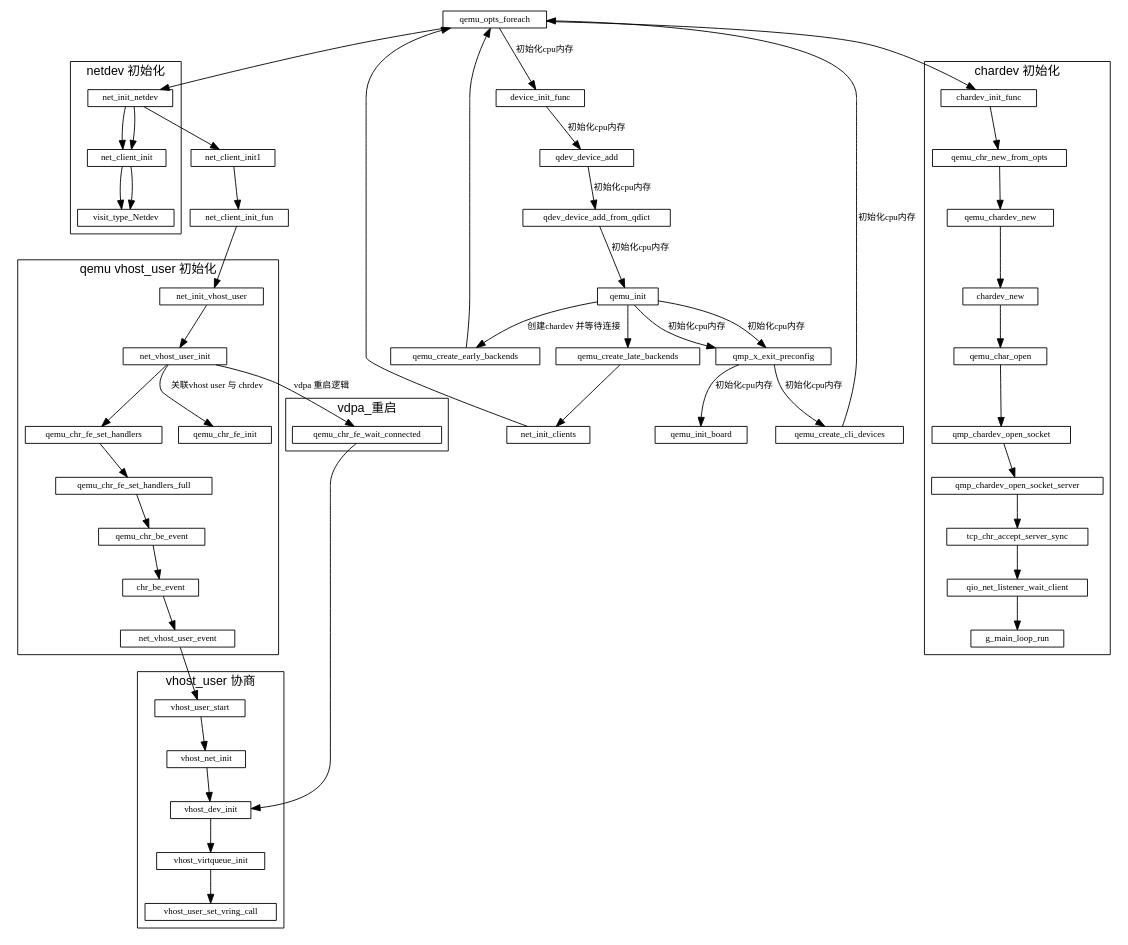
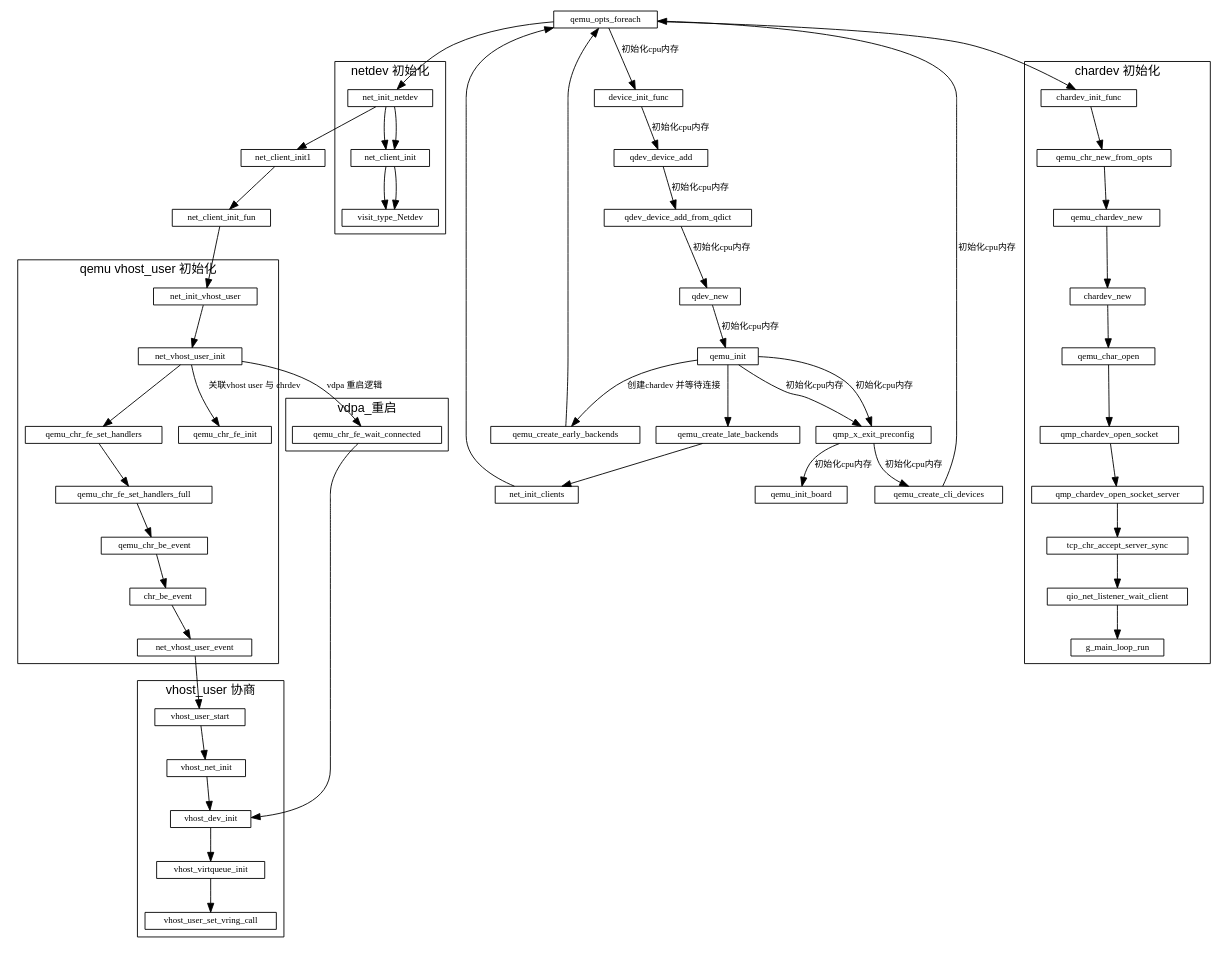
One commit to sisyphus1212/note changed the diagram in qemu/qemu初始化.md. Above: the diagram before and after it, drawn with Graphviz.

Commit message:
auto_update

```diff
--- a/qemu/qemu初始化.md
+++ b/qemu/qemu初始化.md
@@ -98,6 +98,7 @@
               -> device_init_func
               -> qdev_device_add
               -> qdev_device_add_from_qdict
+              -> qdev_new
               ->
     qemu_init -> qmp_x_exit_preconfig
               -> qemu_init_board[label="初始化cpu内存"]
```
